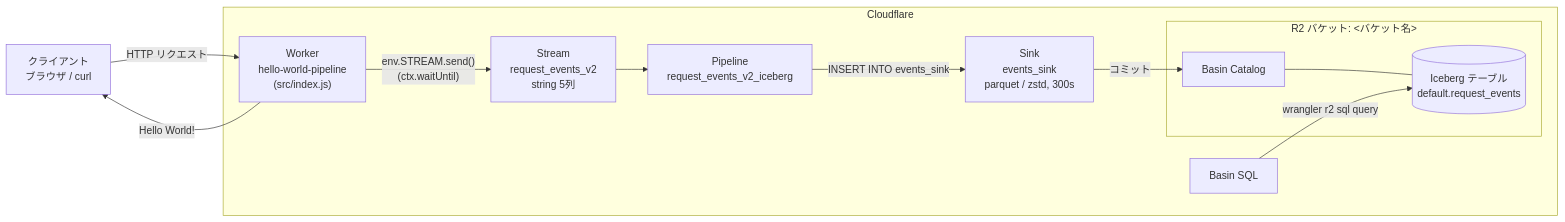
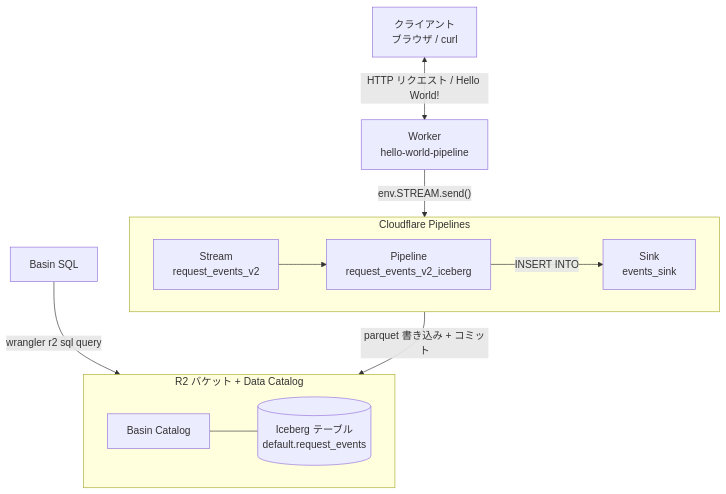
Before and after one commit to mutomasa/cloudflare_basin_iceberg: the sixth of 7 diagrams in architecture_flow.md, drawn with Mermaid. The commit also changed other lines of this file, not shown here.

Commit message:
Make architecture diagrams readable when printed
Split the Kafka comparison into two diagrams and lay out the
architecture diagram with Stream / Pipeline / Sink in one row, so
both fit on a page when architecture_flow.md is exported to PDF.

````diff
--- a/architecture_flow.md
+++ b/architecture_flow.md
@@ -202,27 +206,25 @@
 ```mermaid
-flowchart LR
+flowchart TB
     Client[クライアント<br/>ブラウザ / curl]
+    Worker["Worker<br/>hello-world-pipeline"]
 
-    subgraph CF[Cloudflare]
-        Worker["Worker<br/>hello-world-pipeline<br/>(src/index.js)"]
-        Stream["Stream<br/>request_events_v2<br/>string 5列"]
+    subgraph PL[Cloudflare Pipelines]
+        direction LR
+        Stream["Stream<br/>request_events_v2"]
         Pipeline["Pipeline<br/>request_events_v2_iceberg"]
-        Sink["Sink<br/>events_sink<br/>parquet / zstd, 300s"]
-
-        subgraph R2[R2 バケット: <バケット名>]
-            Catalog["Basin Catalog"]
-            Table[("Iceberg テーブル<br/>default.request_events")]
-        end
-
-        SQL["Basin SQL"]
+        Sink["Sink<br/>events_sink"]
+        Stream --> Pipeline -- "INSERT INTO" --> Sink
     end
 
-    Client -- HTTP リクエスト --> Worker
-    Worker -- "Hello World!" --> Client
-    Worker -- "env.STREAM.send()<br/>(ctx.waitUntil)" --> Stream
-    Stream --> Pipeline
-    Pipeline -- "INSERT INTO events_sink" --> Sink
-    Sink -- コミット --> Catalog
-    Catalog --- Table
+    subgraph R2[R2 バケット + Data Catalog]
+        direction LR
+        Catalog["Basin Catalog"] --- Table[("Iceberg テーブル<br/>default.request_events")]
+    end
+
+    SQL["Basin SQL"]
+
+    Client -- "HTTP リクエスト / Hello World!" <--> Worker
+    Worker -- "env.STREAM.send()" --> Stream
+    Sink -- "parquet 書き込み + コミット" --> Catalog
     SQL -- "wrangler r2 sql query" --> Table
 ```
````
